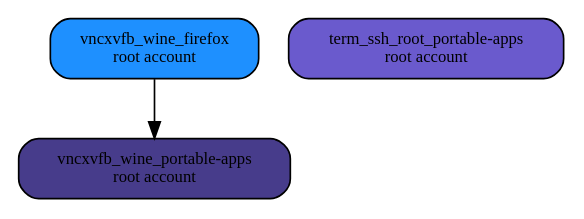
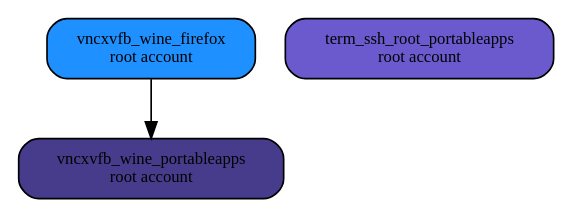
Before and after one commit to marchandd/docker_index: the diagram in graph3.dot, drawn with Graphviz. The commit also changed 8 other files, not shown here.

```diff
--- a/graph3.dot
+++ b/graph3.dot
@@ -1,7 +1,7 @@
 digraph docker
 {
  "vncxvfb_wine_firefox" [label="vncxvfb_wine_firefox\nroot account",shape=box,fillcolor="dodgerblue",style="filled,rounded", fontsize="10.0"];
- "vncxvfb_wine_portable-apps" [label="vncxvfb_wine_portable-apps\nroot account",shape=box,fillcolor="slateblue4",style="filled,rounded", fontsize="10.0"];
- "term_ssh_root_portable-apps" [label="term_ssh_root_portable-apps\nroot account",shape=box,fillcolor="slateblue",style="filled,rounded", fontsize="10.0"];
- "vncxvfb_wine_firefox" -> "vncxvfb_wine_portable-apps";
+ "vncxvfb_wine_portableapps" [label="vncxvfb_wine_portableapps\nroot account",shape=box,fillcolor="slateblue4",style="filled,rounded", fontsize="10.0"];
+ "term_ssh_root_portableapps" [label="term_ssh_root_portableapps\nroot account",shape=box,fillcolor="slateblue",style="filled,rounded", fontsize="10.0"];
+ "vncxvfb_wine_firefox" -> "vncxvfb_wine_portableapps";
 }
```
